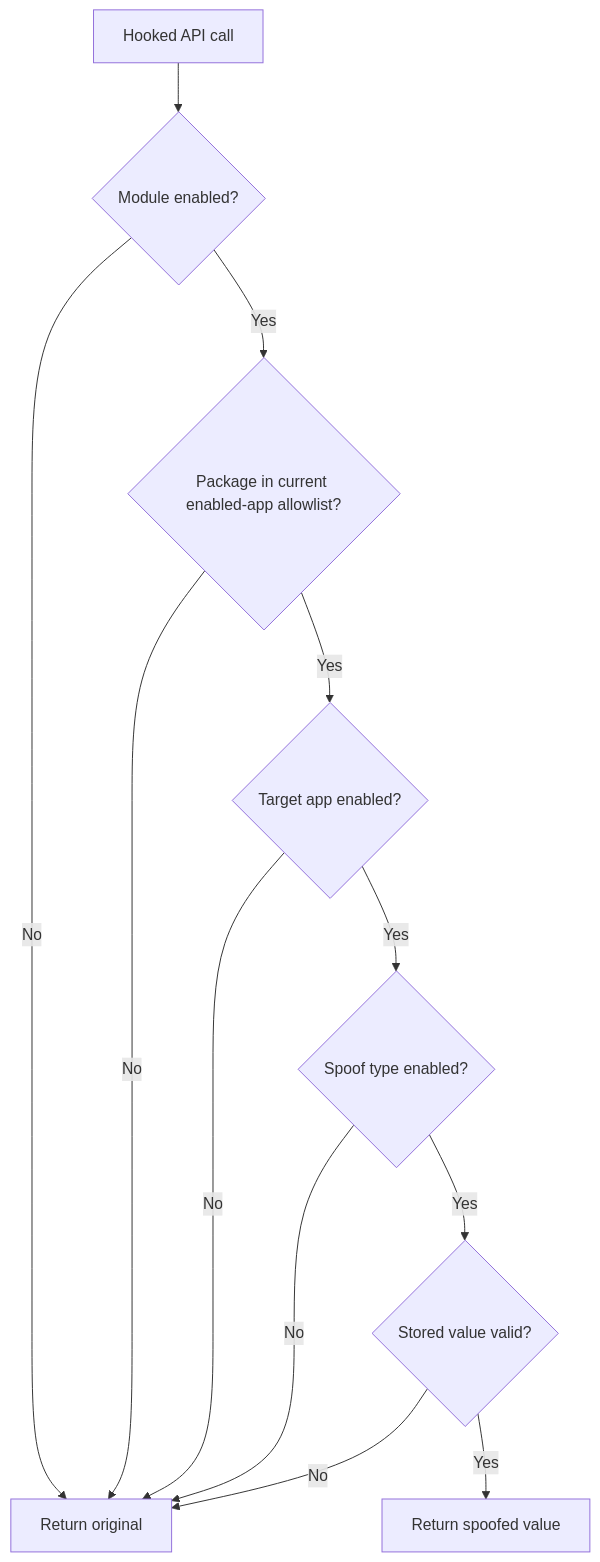
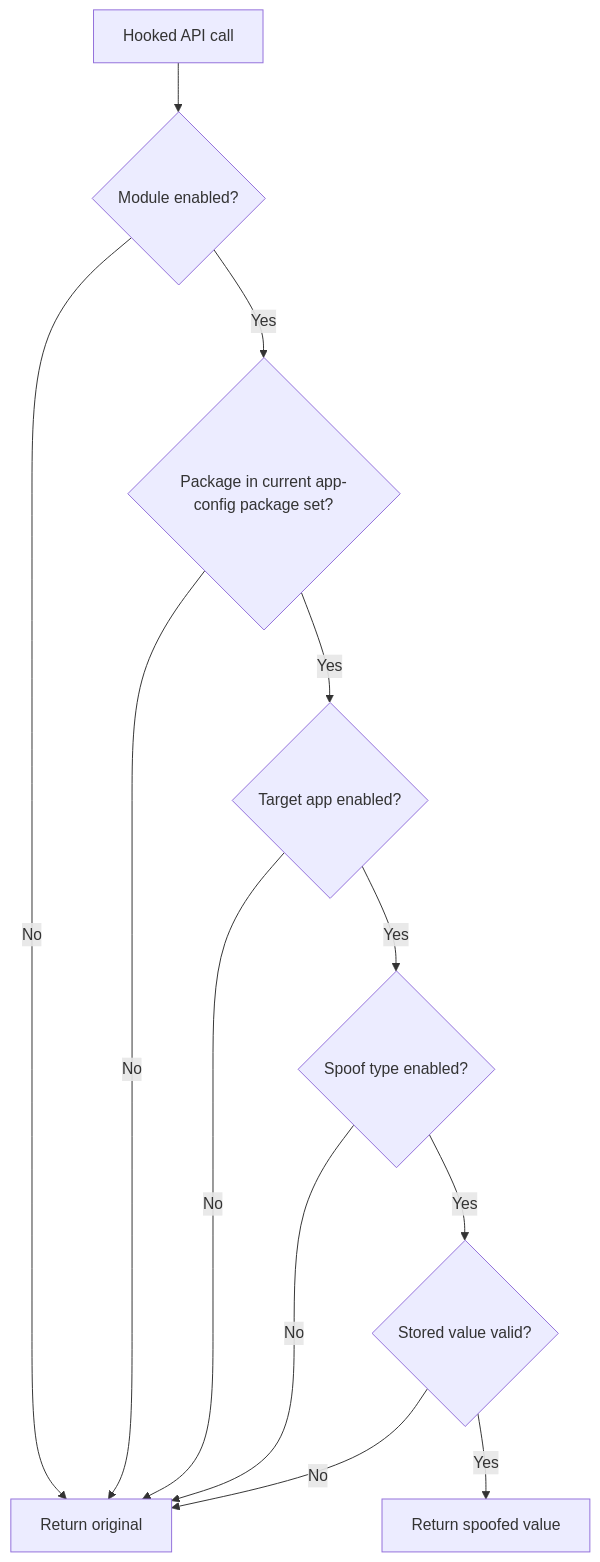
Before and after one commit to mohdakil2426/Device-Masker: the seventh of 7 diagrams in docs/public/ARCHITECTURE.md, drawn with Mermaid. The commit also changed other lines of this file and 16 other files, not shown here.

First line of the commit message:
docs: record performance cleanup architecture

````diff
--- a/docs/public/ARCHITECTURE.md
+++ b/docs/public/ARCHITECTURE.md
@@ -263,23 +269,23 @@
 ```mermaid
 flowchart TD
     Call["Hooked API call"]
     Module{"Module enabled?"}
-    AppList{"Package in current enabled-app allowlist?"}
+    AppList{"Package in current app-config package set?"}
     App{"Target app enabled?"}
     Type{"Spoof type enabled?"}
     Value{"Stored value valid?"}
     Original["Return original"]
     Spoof["Return spoofed value"]
 
     Call --> Module
     Module -->|No| Original
     Module -->|Yes| AppList
     AppList -->|No| Original
     AppList -->|Yes| App
     App -->|No| Original
     App -->|Yes| Type
     Type -->|No| Original
     Type -->|Yes| Value
     Value -->|No| Original
     Value -->|Yes| Spoof
 ```
````
